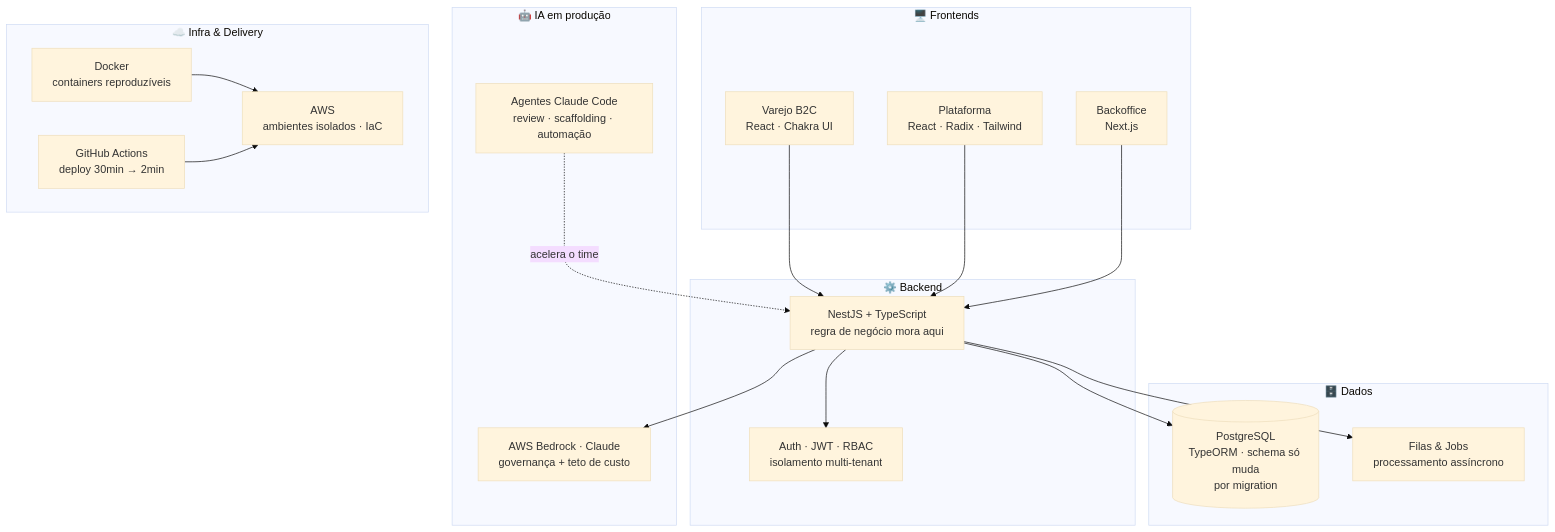
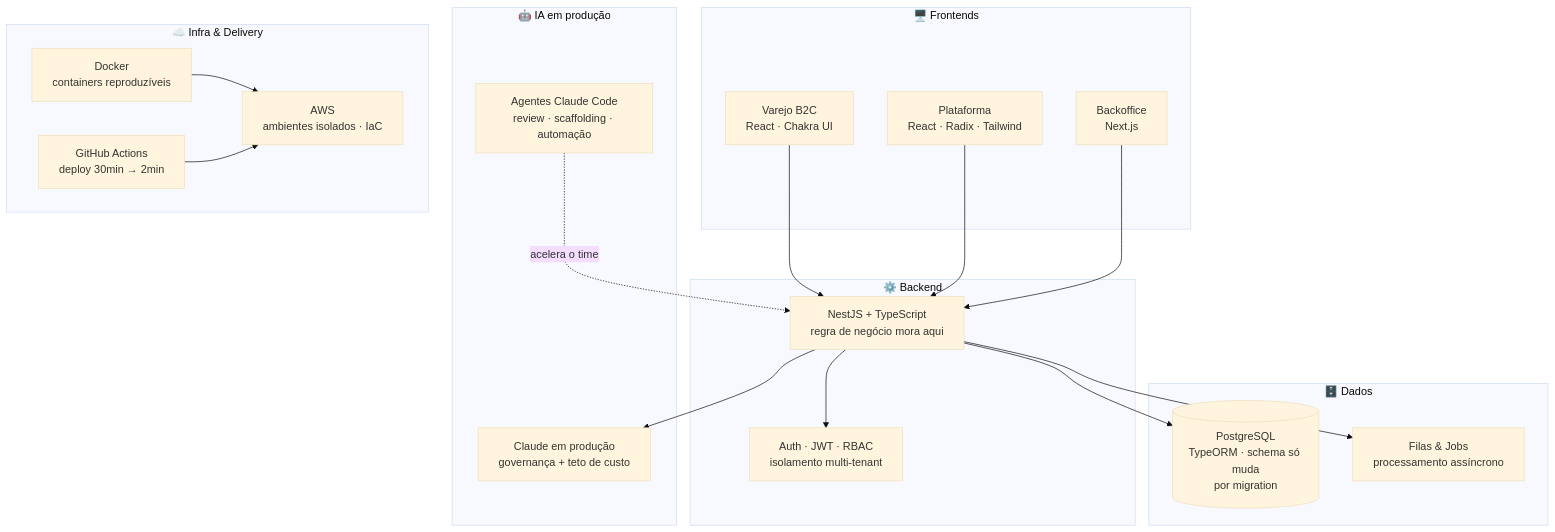
The diagram in README.md (1paulobarbosa/1paulobarbosa), drawn with Mermaid (base theme) before and after one commit. The commit also changed other lines of this file, not shown here.

Commit message:
Update profile: fix stats mirror, LinkedIn URL, remove Bedrock, Lerian end date, add iOS native dev

````diff
--- a/README.md
+++ b/README.md
@@ -41,40 +42,40 @@
 ```mermaid
 flowchart TB
     subgraph Clients["🖥️ Frontends"]
         RETAIL["Varejo B2C<br/>React · Chakra UI"]
         PLATFORM["Plataforma<br/>React · Radix · Tailwind"]
         BACKOFFICE["Backoffice<br/>Next.js"]
     end
 
     subgraph API["⚙️ Backend"]
         NEST["NestJS + TypeScript<br/>regra de negócio mora aqui"]
         AUTH["Auth · JWT · RBAC<br/>isolamento multi-tenant"]
     end
 
     subgraph Data["🗄️ Dados"]
         PG[("PostgreSQL<br/>TypeORM · schema só muda<br/>por migration")]
         QUEUE["Filas & Jobs<br/>processamento assíncrono"]
     end
 
     subgraph AI["🤖 IA em produção"]
-        BEDROCK["AWS Bedrock · Claude<br/>governança + teto de custo"]
+        CLAUDE["Claude em produção<br/>governança + teto de custo"]
         AGENTS["Agentes Claude Code<br/>review · scaffolding · automação"]
     end
 
     subgraph Infra["☁️ Infra & Delivery"]
         DOCKER["Docker<br/>containers reproduzíveis"]
         CICD["GitHub Actions<br/>deploy 30min → 2min"]
         AWS["AWS<br/>ambientes isolados · IaC"]
     end
 
     RETAIL --> NEST
     PLATFORM --> NEST
     BACKOFFICE --> NEST
     NEST --> AUTH
     NEST --> PG
     NEST --> QUEUE
-    NEST --> BEDROCK
+    NEST --> CLAUDE
     AGENTS -. acelera o time .-> NEST
     DOCKER --> AWS
     CICD --> AWS
 ```
````
